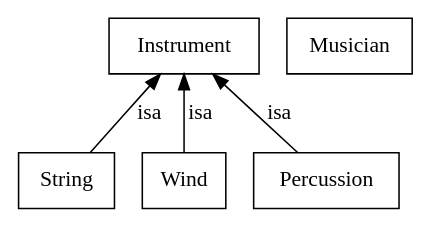
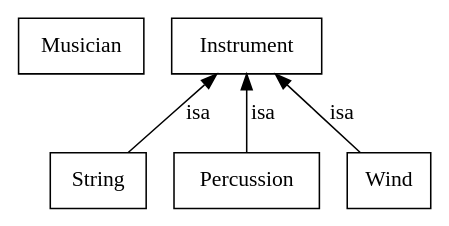
Before and after one commit to marvellouz/fmi_projects: the diagram in ontology/fn71112_topic09_ont.dot, drawn with Graphviz. The commit also changed 29 other files, not shown here.

```diff
--- a/ontology/fn71112_topic09_ont.dot
+++ b/ontology/fn71112_topic09_ont.dot
@@ -1,12 +1,12 @@
 digraph fn71112_topic09_ont {
 	node [label="\N"];
-	graph [bb="0,0,222,126"];
-	String [label=String, shape=box, color="0.0,0.0,0.0", fontcolor="0.0,0.0,0.0", pos="27,18", width="0.75", height="0.5"];
-	Instrument [label=Instrument, shape=box, color="0.0,0.0,0.0", fontcolor="0.0,0.0,0.0", pos="99,108", width="1.0278", height="0.5"];
-	Wind [label=Wind, shape=box, color="0.0,0.0,0.0", fontcolor="0.0,0.0,0.0", pos="99,18", width="0.75", height="0.5"];
-	Percussion [label=Percussion, shape=box, color="0.0,0.0,0.0", fontcolor="0.0,0.0,0.0", pos="183,18", width="1.0833", height="0.5"];
-	Musician [label=Musician, shape=box, color="0.0,0.0,0.0", fontcolor="0.0,0.0,0.0", pos="187,108", width="0.91667", height="0.5"];
-	Instrument -> String [dir=back, label=isa, color="0.0,0.0,0.0", fontcolor="0.0,0.0,0.0", pos="s,84.43,89.787 77.892,81.615 66.209,67.011 51.986,49.232 41.549,36.186", lp="77.5,63"];
-	Instrument -> Wind [dir=back, label=isa, color="0.0,0.0,0.0", fontcolor="0.0,0.0,0.0", pos="s,99,89.787 99,79.548 99,65.36 99,48.622 99,36.186", lp="106.5,63"];
-	Instrument -> Percussion [dir=back, label=isa, color="0.0,0.0,0.0", fontcolor="0.0,0.0,0.0", pos="s,116,89.787 122.86,82.431 136.63,67.678 153.62,49.476 166.03,36.186", lp="155.5,63"];
+	graph [bb="0,0,232,126"];
+	Musician [label=Musician, shape=box, color="0.0,0.0,0.0", fontcolor="0.0,0.0,0.0", pos="33,108", width="0.91667", height="0.5"];
+	Instrument [label=Instrument, shape=box, color="0.0,0.0,0.0", fontcolor="0.0,0.0,0.0", pos="121,108", width="1.0278", height="0.5"];
+	String [label=String, shape=box, color="0.0,0.0,0.0", fontcolor="0.0,0.0,0.0", pos="37,18", width="0.75", height="0.5"];
+	Percussion [label=Percussion, shape=box, color="0.0,0.0,0.0", fontcolor="0.0,0.0,0.0", pos="121,18", width="1.0833", height="0.5"];
+	Wind [label=Wind, shape=box, color="0.0,0.0,0.0", fontcolor="0.0,0.0,0.0", pos="205,18", width="0.75", height="0.5"];
+	Instrument -> String [dir=back, label=isa, color="0.0,0.0,0.0", fontcolor="0.0,0.0,0.0", pos="s,104,89.787 97.135,82.431 83.366,67.678 66.377,49.476 53.973,36.186", lp="94.5,63"];
+	Instrument -> Percussion [dir=back, label=isa, color="0.0,0.0,0.0", fontcolor="0.0,0.0,0.0", pos="s,121,89.787 121,79.548 121,65.36 121,48.622 121,36.186", lp="128.5,63"];
+	Instrument -> Wind [dir=back, label=isa, color="0.0,0.0,0.0", fontcolor="0.0,0.0,0.0", pos="s,138,89.787 144.86,82.431 158.63,67.678 175.62,49.476 188.03,36.186", lp="177.5,63"];
 }
```
